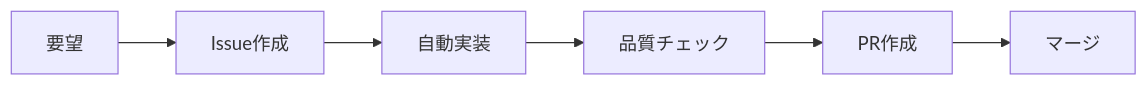
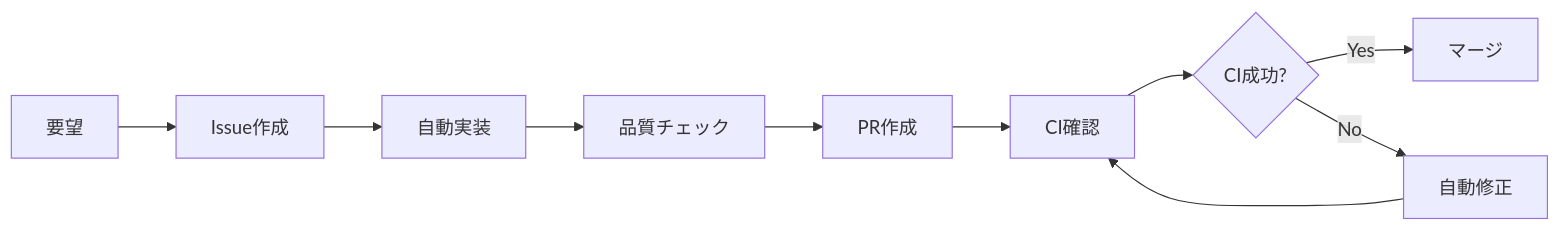
One commit to takeokunn/ts-minecraft changed the diagram in .claude/commands/index.md. Above: the diagram before and after it, drawn with Mermaid. The commit also changed other lines of this file and 5 other files, not shown here.

````diff
--- a/.claude/commands/index.md
+++ b/.claude/commands/index.md
@@ -43,8 +52,12 @@
 ```mermaid
 graph LR
     A[要望] --> B[Issue作成]
     B --> C[自動実装]
     C --> D[品質チェック]
     D --> E[PR作成]
-    E --> F[マージ]
+    E --> F[CI確認]
+    F --> G{CI成功?}
+    G -->|Yes| H[マージ]
+    G -->|No| I[自動修正]
+    I --> F
 ```
````
